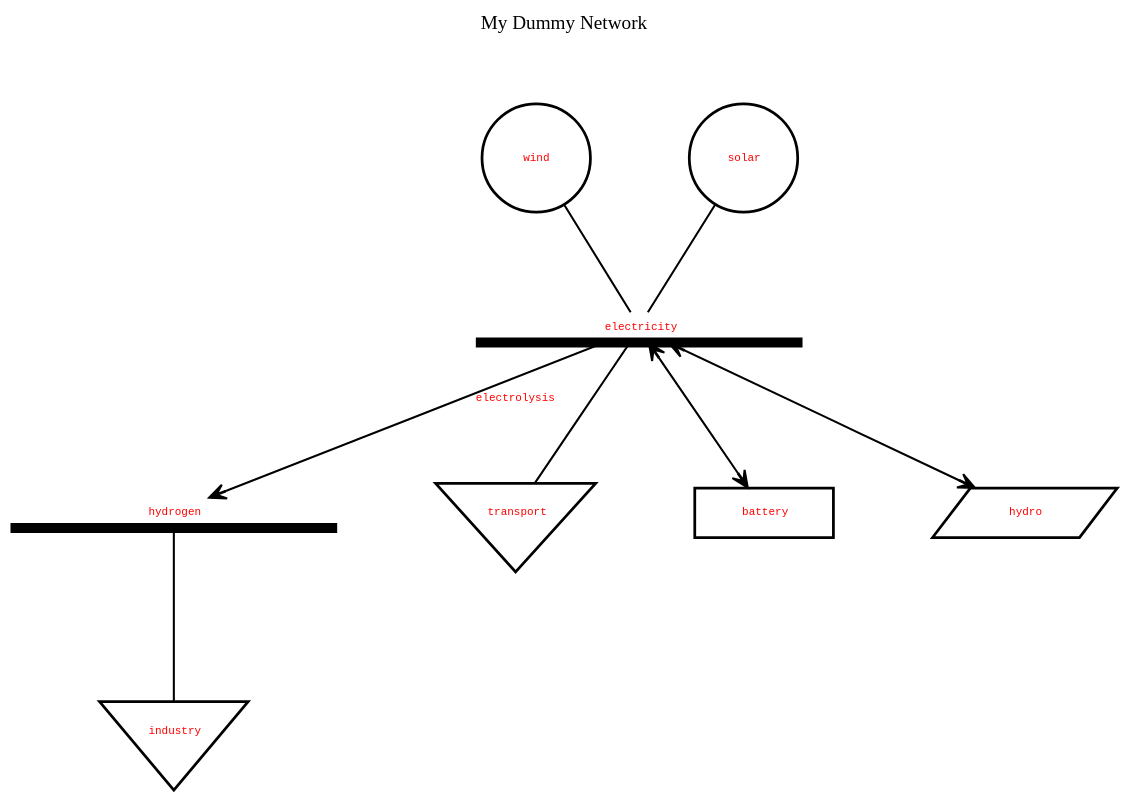
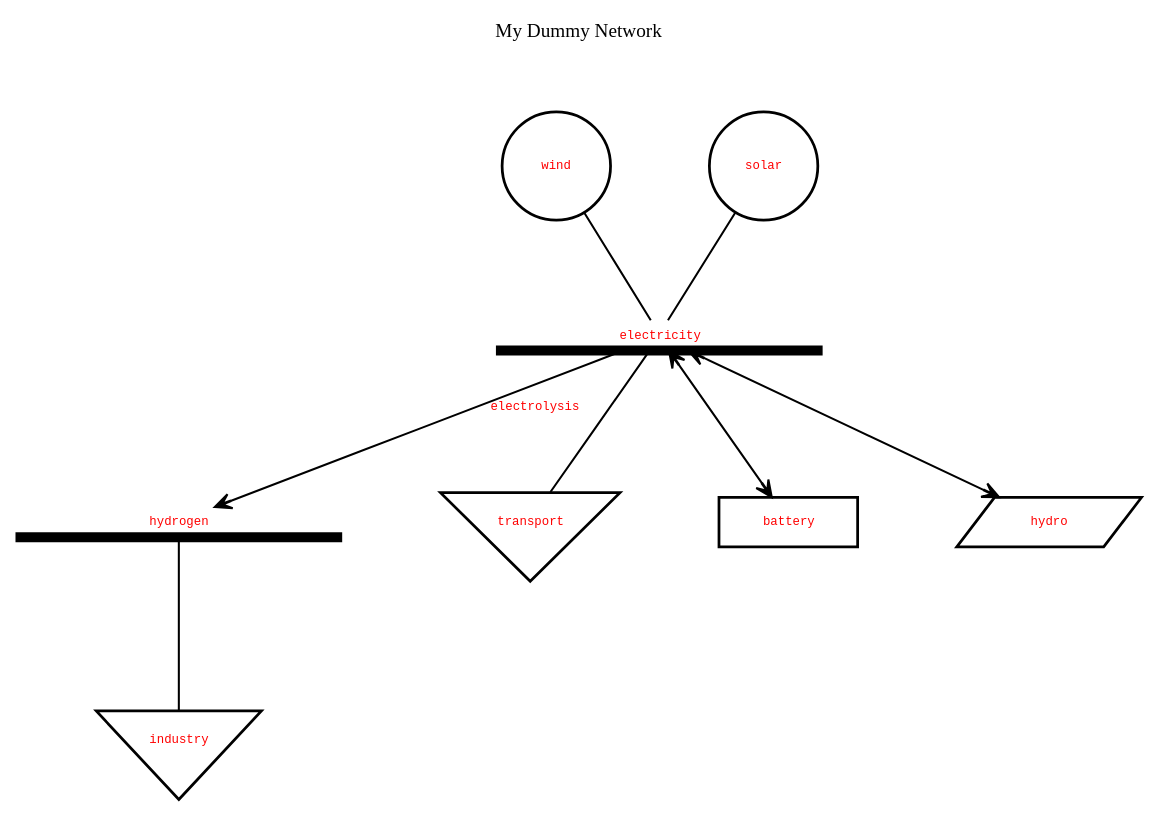
The diagram in resources/topography.dot (ricnogfer/pypsatopo), drawn with Graphviz before and after one commit. The commit also changed 1 other file, not shown here.

```diff
--- a/resources/topography.dot
+++ b/resources/topography.dot
@@ -1,162 +1,162 @@
 //
-// Generated by PyPSATopo version 1.0.4 (on the 2025/02/03 at 14:01:20) using the following parameters: 
+// Generated by PyPSATopo version 1.1.0 (on the 2025/02/07 at 08:02:09) using the following parameters: 
 //
 //    file_input=None
 //    focus=None
 //    neighbourhood=0
 //    bus_filter=None
 //    generator_filter=None
 //    load_filter=None
 //    store_filter=None
 //    storage_unit_filter=None
 //    link_filter=None
 //    line_filter=None
 //    carrier_filter=None
 //    negative_efficiency=True
 //    broken_missing=False
 //    carrier_color=None
 //    context=False
 //    file_output=topography.svg
 //    file_format=svg
 //    log=False
 //    log_info=False
 //    log_warning=False
 //
 
 digraph "My Dummy Network"
 {
    // digraph layout
-   bgcolor = "transparent"
+   bgcolor = "white"
    labelloc = "t"
    label = "My Dummy Network
 
 
            "
    tooltip = "Network: My Dummy Network
 Buses: 2 (out of 2)
 Generators: 2 (out of 2)
 Loads: 2 (out of 2)
 Stores: 1 (out of 1)
 Storage units: 1 (out of 1)
 Links: 1 (out of 1)
 Lines: 0 (out of 0)
 Snapshots: 1"
    rankdir = "TB"
    ranksep = 1.00
    nodesep = 1.00
    splines = "polyline"
-   node [fontname = "Courier New", fontsize = 8.00]
-   edge [fontname = "Courier New", fontsize = 8.00]
+   node [fontname = "Courier New", fontsize = 9.00]
+   edge [fontname = "Courier New", fontsize = 9.00]
 
    // buses (2)
    "electricity (bus)" [label = <<font color = "red">electricity</font>>, tooltip = "Bus: electricity
 Carrier: AC
 Unit: MW
 Generators: 2
 Loads: 1
 Stores: 1
 Storage units: 1
 Incoming links: 0
 Outgoing links: 1
 Lines: 0
 
 Power time series: N/A MW", shape = "underline", width = 3.30, height = 0.30, style = "setlinewidth(7.30)", color = "black"]
    "hydrogen (bus)" [label = <<font color = "red">hydrogen</font>>, tooltip = "Bus: hydrogen
 Carrier: AC
 Unit: MW
 Generators: 0
 Loads: 1
 Stores: 0
 Storage units: 0
 Incoming links: 1
 Outgoing links: 0
 Lines: 0
 
 Power time series: N/A MW", shape = "underline", width = 3.30, height = 0.30, style = "setlinewidth(7.30)", color = "black"]
 
    // generators (2)
    "wind (generator)" [label = <<font color = "red">wind</font>>, tooltip = "Generator: wind
 Bus: electricity
 Carrier: 
 Extendable nominal power: False
 Nominal power: 0.00 MW
 Power set: 0.00 MW
 Efficiency: 1.00
 Capital cost: 0.00 currency/MW
 Marginal cost: 0.00 currency/MWh
 
 Optimised nominal power: 0.00 MW
 Power time series: N/A MW", shape = "circle", width = 1.10, style = "setlinewidth(2.00)", color = "black"]   "wind (generator)" -> "electricity (bus)" [style = "setlinewidth(1.50)", color = "black", arrowhead = "none"]
    "solar (generator)" [label = <<font color = "red">solar</font>>, tooltip = "Generator: solar
 Bus: electricity
 Carrier: 
 Extendable nominal power: False
 Nominal power: 0.00 MW
 Power set: 0.00 MW
 Efficiency: 1.00
 Capital cost: 0.00 currency/MW
 Marginal cost: 0.00 currency/MWh
 
 Optimised nominal power: 0.00 MW
 Power time series: N/A MW", shape = "circle", width = 1.10, style = "setlinewidth(2.00)", color = "black"]   "solar (generator)" -> "electricity (bus)" [style = "setlinewidth(1.50)", color = "black", arrowhead = "none"]
 
    // loads (2)
    "transport (load)" [label = <<font color = "red">transport</font>>, tooltip = "Load: transport
 Bus: electricity
 Carrier: 
 Power set: 0.00 MW", shape = "invtriangle", width = 1.50, height = 1.20, style = "setlinewidth(2.00)", color = "black"]   "electricity (bus)" -> "transport (load)" [style = "setlinewidth(1.50)", color = "black", arrowhead = "none"]
    "industry (load)" [label = <<font color = "red">industry</font>>, tooltip = "Load: industry
 Bus: hydrogen
 Carrier: 
 Power set: 0.00 MW", shape = "invtriangle", width = 1.50, height = 1.20, style = "setlinewidth(2.00)", color = "black"]   "hydrogen (bus)" -> "industry (load)" [style = "setlinewidth(1.50)", color = "black", arrowhead = "none"]
 
    // stores (1)
    "battery (store)" [label = <<font color = "red">battery</font>>, tooltip = "Store: battery
 Bus: electricity
 Carrier: 
 Extendable nominal energy: False
 Nominal energy: 0.00 MWh
 Power set: 0.00 MW
 Cyclic energy: False
 Capital cost: 0.00 currency/MW
 Marginal cost: 0.00 currency/MWh
 
 Optimised nominal energy: 0.00 MWh
 Energy time series: N/A MWh
 Power time series: N/A MW", shape = "box", width = 1.40, style = "setlinewidth(2.00)", color = "black"]   "electricity (bus)" -> "battery (store)" [style = "setlinewidth(1.50)", color = "black", arrowhead = "vee", arrowtail = "vee", arrowsize = 1.20, dir = "both"]
 
    // storage units (1)
    "hydro (storage unit)" [label = <<font color = "red">hydro</font>>, tooltip = "Storage unit: hydro
 Bus: electricity
 Carrier: 
 Extendable nominal power: False
 Nominal power: 0.00 MW
 Power set: 0.00 MW
 Charge cyclic state: False
 Capital cost: 0.00 currency/MW
 Marginal cost: 0.00 currency/MWh
 
 Optimised nominal power: 0.00 MW
 Power time series: N/A MW", shape = "parallelogram", width = 1.80, style = "setlinewidth(2.00)", color = "black"]   "electricity (bus)" -> "hydro (storage unit)" [style = "setlinewidth(1.50)", color = "black", arrowhead = "vee", arrowtail = "vee", arrowsize = 1.20, dir = "both"]
 
    // links (1)
    "electricity (bus)" -> "hydrogen (bus)" [label = <<font color = "red">electrolysis</font>>, tooltip = "Link: electrolysis
 From: electricity (bus0)
 To: hydrogen (bus1)
 Carrier: 
 Extendable nominal power: False
 Nominal power: 0.00 MW
 Efficiency: 1.00
 Capital cost: 0.00 currency/MW
 Marginal cost: 0.00 currency/MWh
 
 Optimised nominal power: 0.00 MW
 Power time series (p0): N/A MW
 Power time series (p1): N/A MW", style = "setlinewidth(1.50)", color = "black", arrowhead = "vee", arrowsize = 1.20]
 
    // multi-link trunks (0)
 
    // multi-link branches (0)
 
    // lines (0)
 }
```
